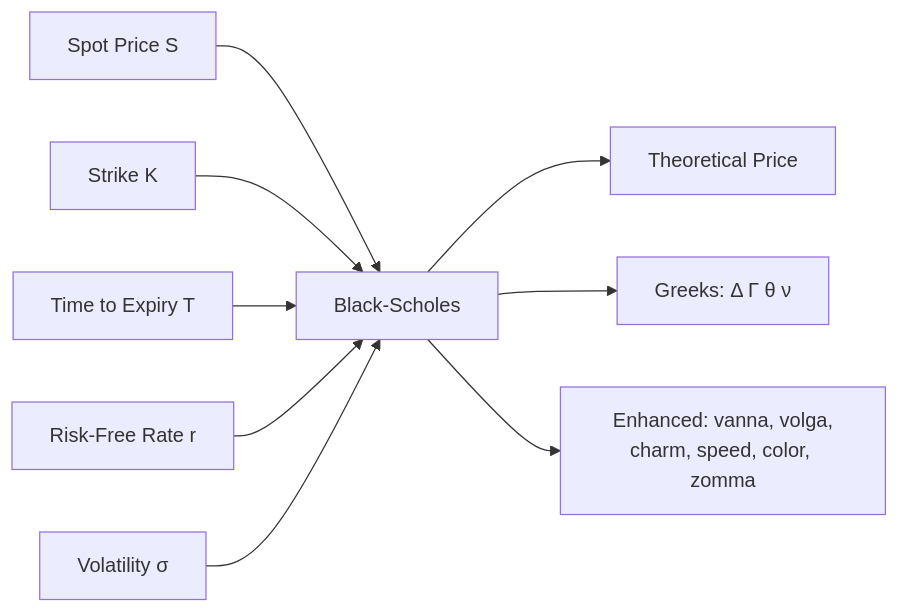
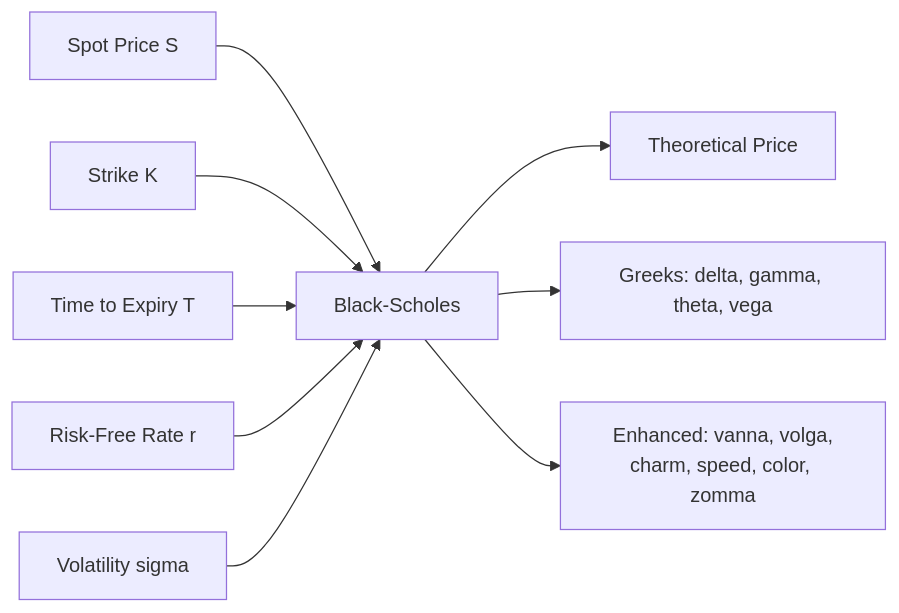
The fifth of 7 diagrams in docs/architecture.md (vakharwalad23/fair-value-engine), drawn with Mermaid before and after one commit. The commit also changed other lines of this file and 3 other files, not shown here.

````diff
--- a/docs/architecture.md
+++ b/docs/architecture.md
@@ -149,11 +186,11 @@
 ```mermaid
 graph LR
     S["Spot Price S"] --> BS["Black-Scholes"]
     K["Strike K"] --> BS
     T["Time to Expiry T"] --> BS
     r["Risk-Free Rate r"] --> BS
-    sigma["Volatility σ"] --> BS
+    sigma["Volatility sigma"] --> BS
     BS --> Price["Theoretical Price"]
-    BS --> Greeks["Greeks: Δ Γ θ ν"]
+    BS --> Greeks["Greeks: delta, gamma, theta, vega"]
     BS --> Enhanced["Enhanced: vanna, volga,<br/>charm, speed, color, zomma"]
 ```
````
